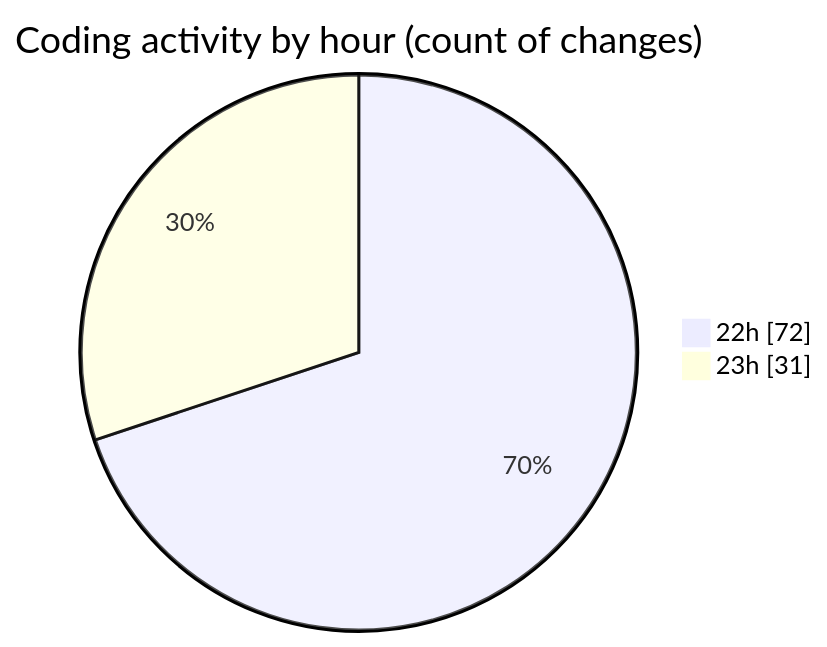
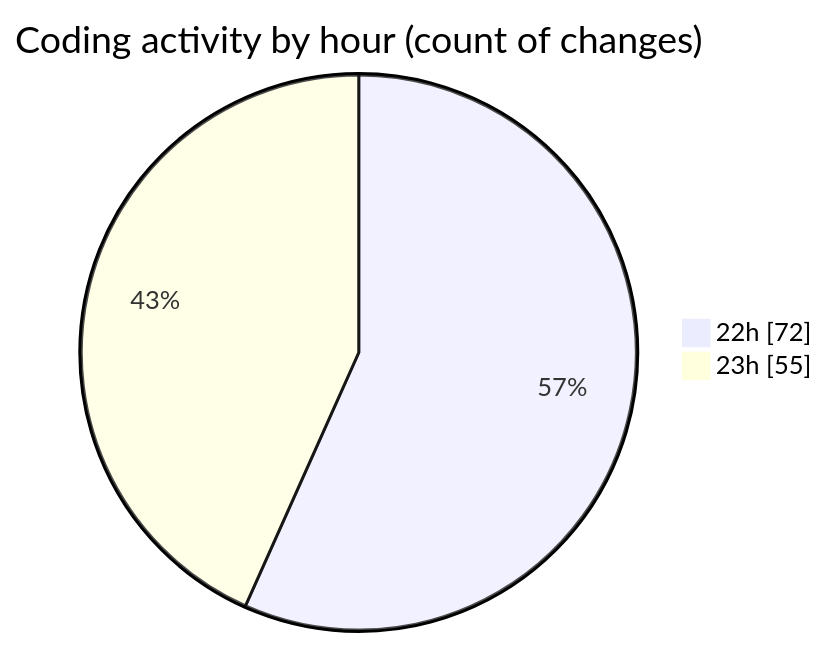
One commit to Ritupan-Deka/code-tracking changed the second of 2 diagrams in 2025-07-28/javascript/README.md. Above: the diagram before and after it, drawn with Mermaid. The commit also changed other lines of this file and 1 other file, not shown here.

````diff
--- a/2025-07-28/javascript/README.md
+++ b/2025-07-28/javascript/README.md
@@ -28,6 +28,6 @@
 ```mermaid
 pie showData
 title Coding activity by hour (count of changes)
 "22h" : 72
-"23h" : 31
+"23h" : 55
 ```
````
